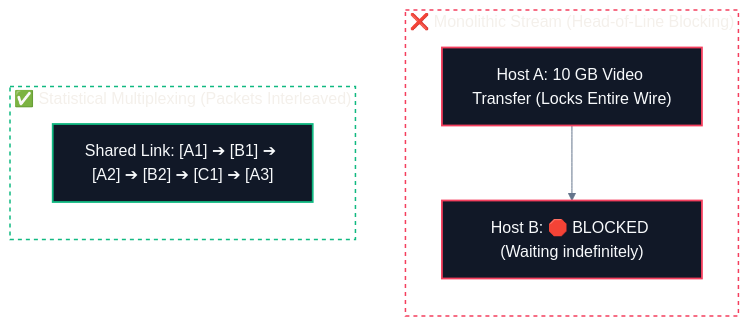
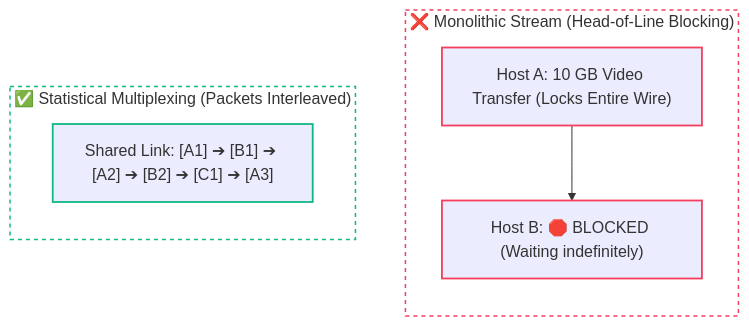
The second of 3 diagrams in CS/Computer Networking/01. Architecture & Fundamentals/02. Packets and Packet Switching.md (abhinavbharti2345/CS_Notes), drawn with Mermaid before and after one commit. The commit also changed other lines of this file and 91 other files, not shown here.

````diff
--- a/CS/Computer Networking/01. Architecture & Fundamentals/02. Packets and Packet Switching.md
+++ b/CS/Computer Networking/01. Architecture & Fundamentals/02. Packets and Packet Switching.md
@@ -61,22 +60,21 @@
 ```mermaid
-%%{init: {'theme': 'base', 'themeVariables': { 'darkMode': true, 'background': '#0B0F14', 'mainBkg': '#111827', 'primaryColor': '#111827', 'primaryTextColor': '#F8FAFC', 'primaryBorderColor': '#38BDF8', 'lineColor': '#64748B', 'secondaryColor': '#0B0F14', 'tertiaryColor': '#0B0F14', 'clusterBkg': '#0B0F14', 'clusterBorder': '#38BDF8' }}}%%
 flowchart TD
     subgraph Monolithic ["❌ Monolithic Stream (Head-of-Line Blocking)"]
         direction TD
         H1["Host A: 10 GB Video Transfer (Locks Entire Wire)"] --> H2["Host B: 🛑 BLOCKED (Waiting indefinitely)"]
     end
 
     subgraph Multiplex ["✅ Statistical Multiplexing (Packets Interleaved)"]
         direction TD
         Pkt["Shared Link: [A1] ➔ [B1] ➔ [A2] ➔ [B2] ➔ [C1] ➔ [A3]"]
     end
 
     style Monolithic fill:none,stroke:#f43f5e,stroke-width:1.5px,stroke-dasharray:4 4
     style Multiplex fill:none,stroke:#10b981,stroke-width:1.5px,stroke-dasharray:4 4
 
-    classDef bad fill:#111827,stroke:#f43f5e,stroke-width:1.8px,color:#F8FAFC;
-    classDef good fill:#111827,stroke:#10b981,stroke-width:1.8px,color:#F8FAFC;
+    classDef bad stroke:#f43f5e,stroke-width:1.8px;
+    classDef good stroke:#10b981,stroke-width:1.8px;
 
     class H1,H2 bad;
     class Pkt good;
 ```
````
